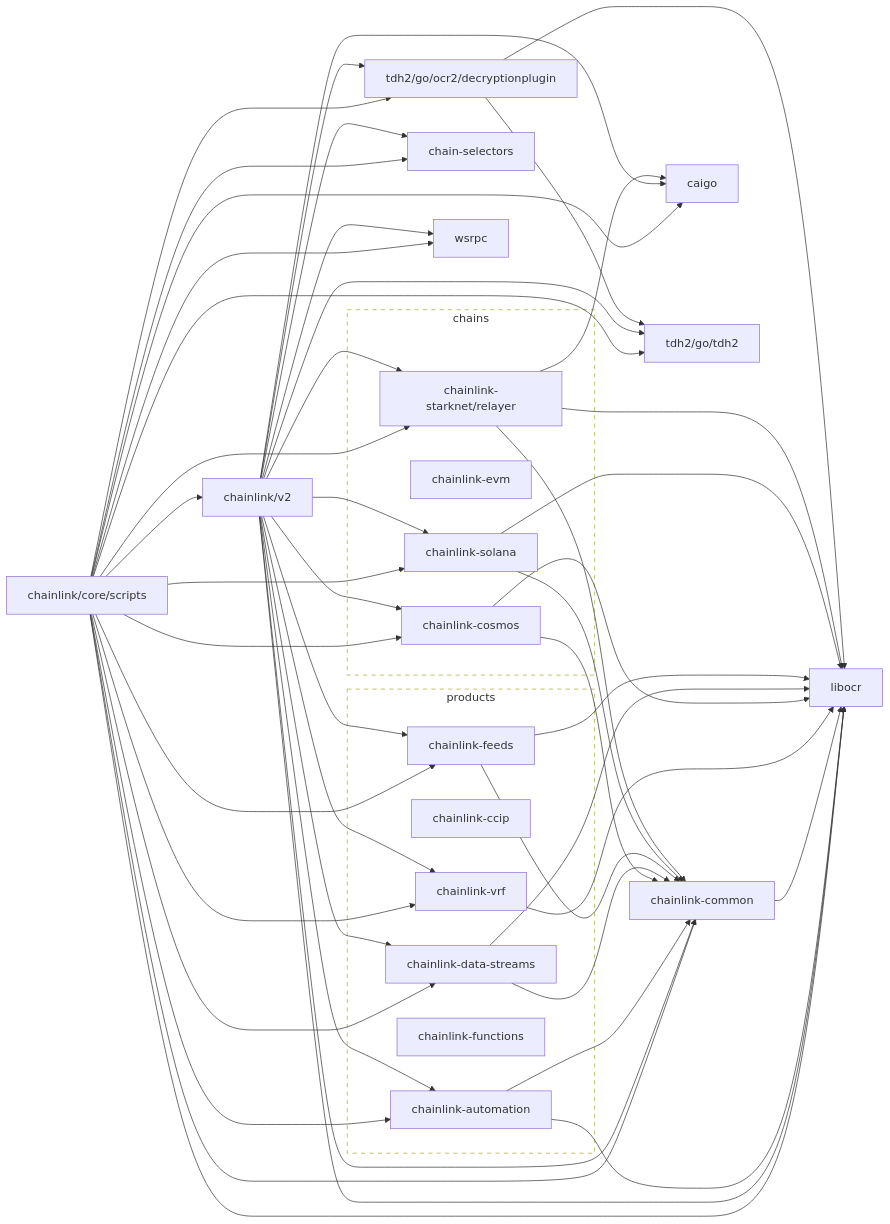
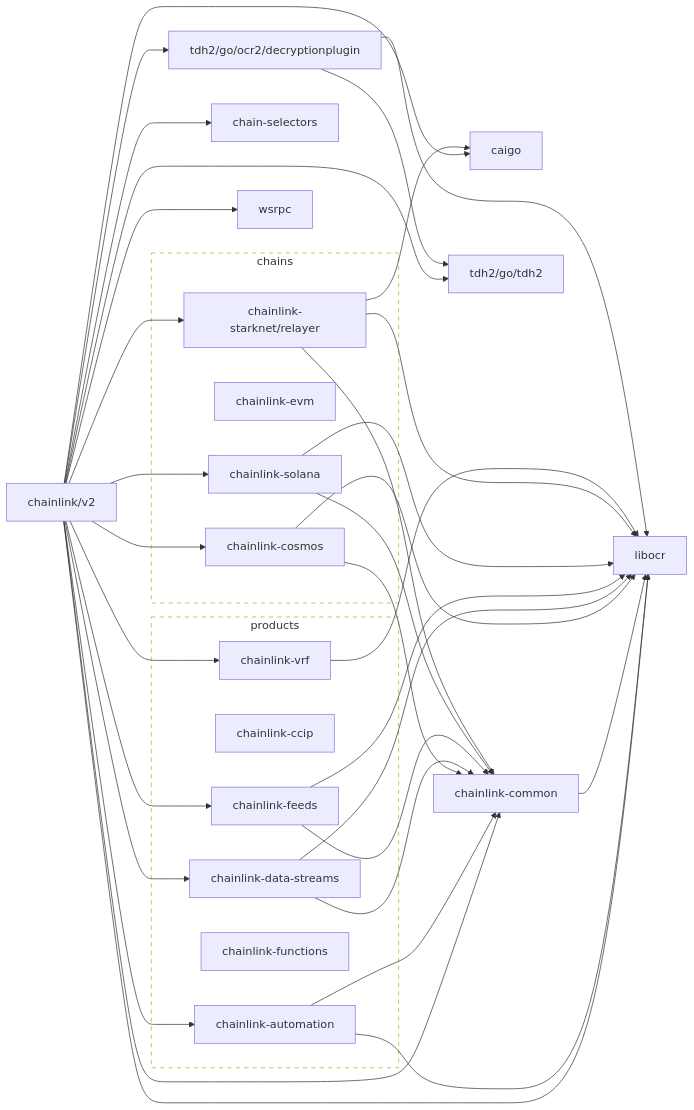
One commit to smartcontractkit/ccip changed the diagram in go.md. Above: the diagram before and after it, drawn with Mermaid.

Commit message:
revert go.md changes

````diff
--- a/go.md
+++ b/go.md
@@ -20,54 +20,37 @@
   classDef outline stroke-dasharray:6,fill:none;
   class chains,products outline
 
-  chainlink/core/scripts --> chain-selectors
+  chainlink/v2 --> caigo
+  click caigo href "https://github.com/smartcontractkit/caigo"
+  chainlink/v2 --> chain-selectors
   click chain-selectors href "https://github.com/smartcontractkit/chain-selectors"
-  chainlink/core/scripts --> chainlink-automation
+  chainlink/v2 --> chainlink-automation
   click chainlink-automation href "https://github.com/smartcontractkit/chainlink-automation"
-  chainlink/core/scripts --> chainlink-common
+  chainlink/v2 --> chainlink-common
   click chainlink-common href "https://github.com/smartcontractkit/chainlink-common"
-  chainlink/core/scripts --> chainlink-vrf
+  chainlink/v2 --> chainlink-cosmos
+  click chainlink-cosmos href "https://github.com/smartcontractkit/chainlink-cosmos"
+  chainlink/v2 --> chainlink-data-streams
+  click chainlink-data-streams href "https://github.com/smartcontractkit/chainlink-data-streams"
+  chainlink/v2 --> chainlink-feeds
+  click chainlink-feeds href "https://github.com/smartcontractkit/chainlink-feeds"
+  chainlink/v2 --> chainlink-solana
+  click chainlink-solana href "https://github.com/smartcontractkit/chainlink-solana"
+  chainlink/v2 --> chainlink-starknet/relayer
+  click chainlink-starknet/relayer href "https://github.com/smartcontractkit/chainlink-starknet"
+  chainlink/v2 --> chainlink-vrf
   click chainlink-vrf href "https://github.com/smartcontractkit/chainlink-vrf"
-  chainlink/core/scripts --> chainlink/v2
-  click chainlink/v2 href "https://github.com/smartcontractkit/chainlink"
-  chainlink/core/scripts --> libocr
+  chainlink/v2 --> libocr
   click libocr href "https://github.com/smartcontractkit/libocr"
-  chainlink/core/scripts --> caigo
-  click caigo href "https://github.com/smartcontractkit/caigo"
-  chainlink/core/scripts --> chainlink-cosmos
-  click chainlink-cosmos href "https://github.com/smartcontractkit/chainlink-cosmos"
-  chainlink/core/scripts --> chainlink-data-streams
-  click chainlink-data-streams href "https://github.com/smartcontractkit/chainlink-data-streams"
-  chainlink/core/scripts --> chainlink-feeds
-  click chainlink-feeds href "https://github.com/smartcontractkit/chainlink-feeds"
-  chainlink/core/scripts --> chainlink-solana
-  click chainlink-solana href "https://github.com/smartcontractkit/chainlink-solana"
-  chainlink/core/scripts --> chainlink-starknet/relayer
-  click chainlink-starknet/relayer href "https://github.com/smartcontractkit/chainlink-starknet"
-  chainlink/core/scripts --> tdh2/go/ocr2/decryptionplugin
+  chainlink/v2 --> tdh2/go/ocr2/decryptionplugin
   click tdh2/go/ocr2/decryptionplugin href "https://github.com/smartcontractkit/tdh2"
-  chainlink/core/scripts --> tdh2/go/tdh2
+  chainlink/v2 --> tdh2/go/tdh2
   click tdh2/go/tdh2 href "https://github.com/smartcontractkit/tdh2"
-  chainlink/core/scripts --> wsrpc
+  chainlink/v2 --> wsrpc
   click wsrpc href "https://github.com/smartcontractkit/wsrpc"
-  chainlink/v2 --> caigo
-  chainlink/v2 --> chain-selectors
-  chainlink/v2 --> chainlink-automation
-  chainlink/v2 --> chainlink-common
-  chainlink/v2 --> chainlink-cosmos
-  chainlink/v2 --> chainlink-data-streams
-  chainlink/v2 --> chainlink-feeds
-  chainlink/v2 --> chainlink-solana
-  chainlink/v2 --> chainlink-starknet/relayer
-  chainlink/v2 --> chainlink-vrf
-  chainlink/v2 --> libocr
-  chainlink/v2 --> tdh2/go/ocr2/decryptionplugin
-  chainlink/v2 --> tdh2/go/tdh2
-  chainlink/v2 --> wsrpc
   chainlink-automation --> chainlink-common
   chainlink-automation --> libocr
   chainlink-common --> libocr
-  chainlink-vrf --> libocr
   chainlink-cosmos --> chainlink-common
   chainlink-cosmos --> libocr
   chainlink-data-streams --> chainlink-common
@@ -79,6 +62,7 @@
   chainlink-starknet/relayer --> caigo
   chainlink-starknet/relayer --> chainlink-common
   chainlink-starknet/relayer --> libocr
+  chainlink-vrf --> libocr
   tdh2/go/ocr2/decryptionplugin --> libocr
   tdh2/go/ocr2/decryptionplugin --> tdh2/go/tdh2
 ```
````
